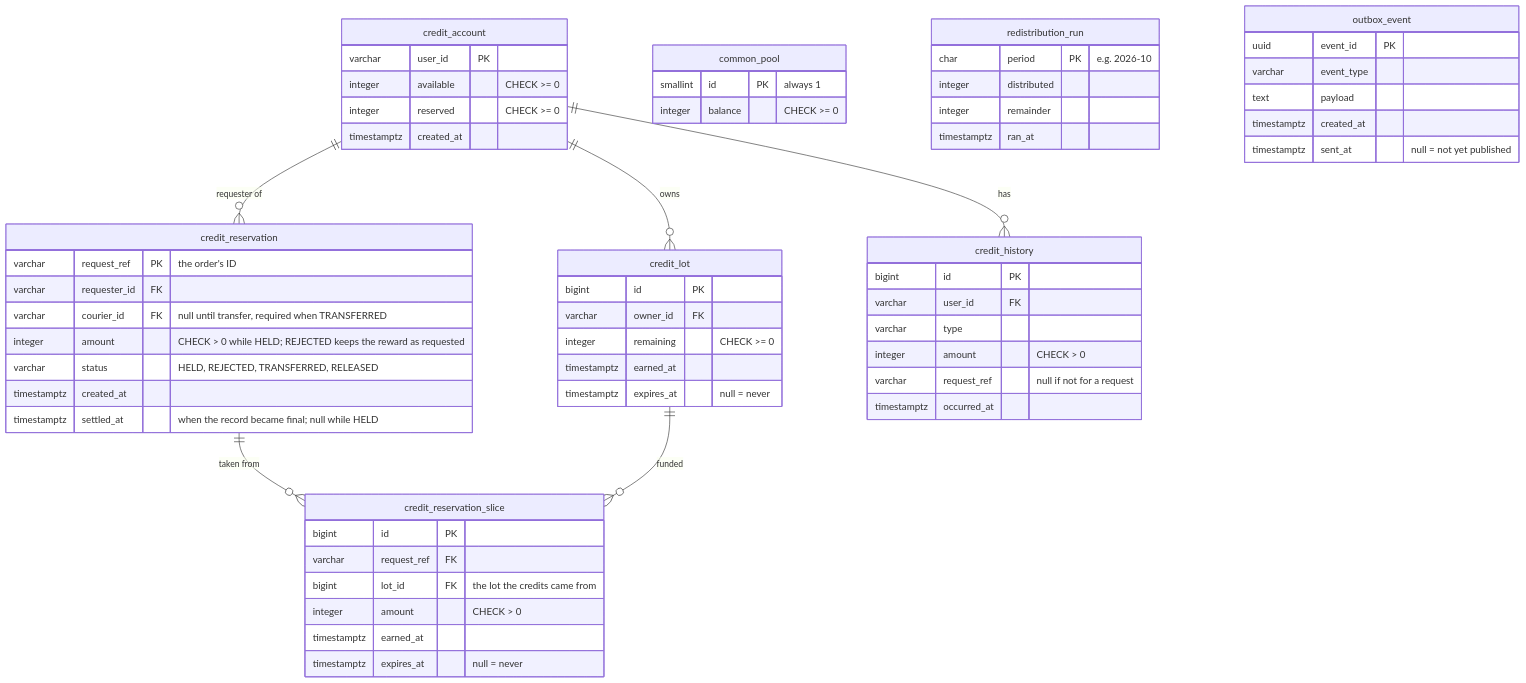
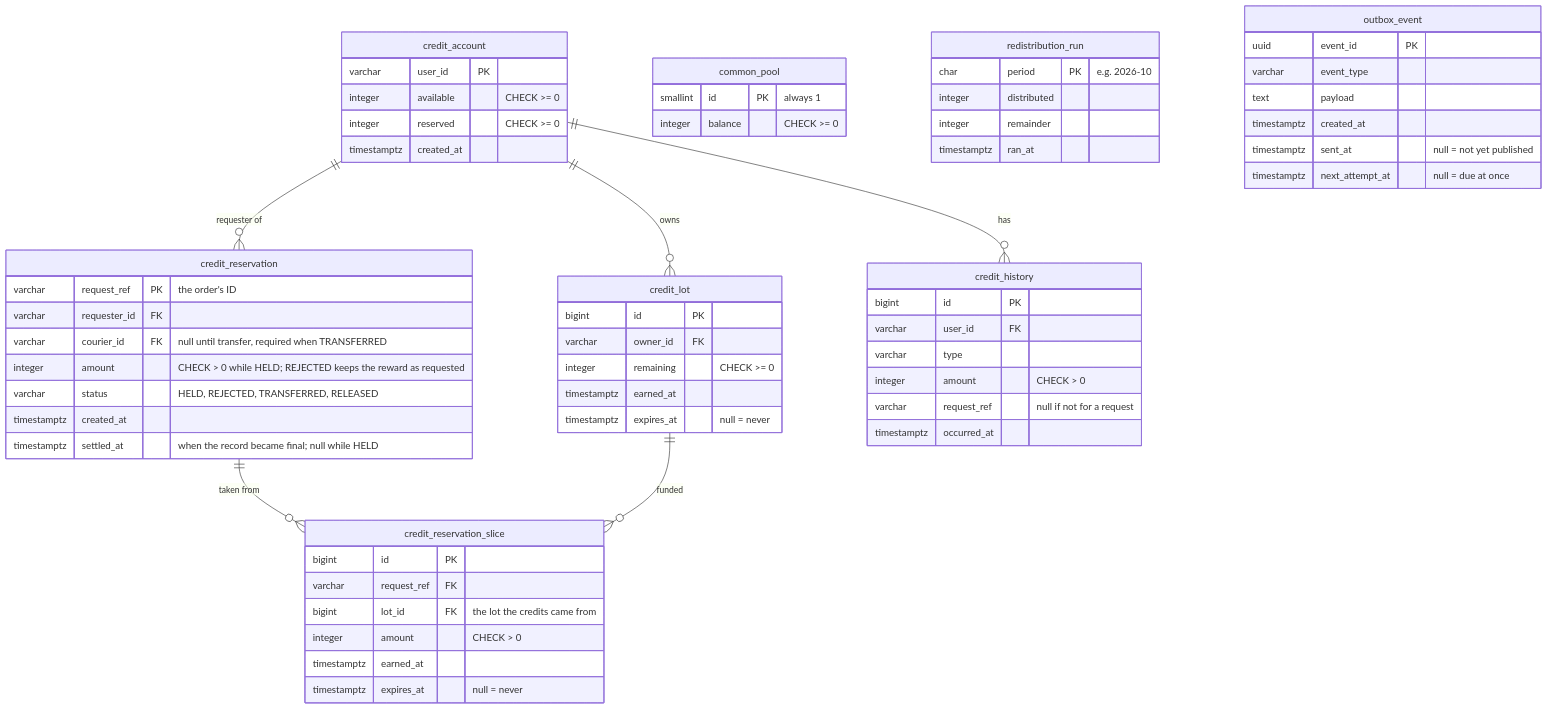
One commit to AY2627S1-CS3219-P23/foc changed the diagram in docs/credit-service.md. Above: the diagram before and after it, drawn with Mermaid. The commit also changed other lines of this file and 18 other files, not shown here.

````diff
--- a/docs/credit-service.md
+++ b/docs/credit-service.md
@@ -136,64 +142,65 @@
 ```mermaid
 erDiagram
     credit_account ||--o{ credit_reservation : "requester of"
     credit_account ||--o{ credit_lot : owns
     credit_account ||--o{ credit_history : "has"
     credit_reservation ||--o{ credit_reservation_slice : "taken from"
     credit_lot ||--o{ credit_reservation_slice : "funded"
  
     credit_account {
         varchar user_id PK
         integer available "CHECK >= 0"
         integer reserved "CHECK >= 0"
         timestamptz created_at
     }
     credit_reservation {
         varchar request_ref PK "the order's ID"
         varchar requester_id FK
         varchar courier_id FK "null until transfer, required when TRANSFERRED"
         integer amount "CHECK > 0 while HELD; REJECTED keeps the reward as requested"
         varchar status "HELD, REJECTED, TRANSFERRED, RELEASED"
         timestamptz created_at
         timestamptz settled_at "when the record became final; null while HELD"
     }
     credit_reservation_slice {
         bigint id PK
         varchar request_ref FK
         bigint lot_id FK "the lot the credits came from"
         integer amount "CHECK > 0"
         timestamptz earned_at
         timestamptz expires_at "null = never"
     }
     credit_lot {
         bigint id PK
         varchar owner_id FK
         integer remaining "CHECK >= 0"
         timestamptz earned_at
         timestamptz expires_at "null = never"
     }
     credit_history {
         bigint id PK
         varchar user_id FK
         varchar type
         integer amount "CHECK > 0"
         varchar request_ref "null if not for a request"
         timestamptz occurred_at
     }
     common_pool {
         smallint id PK "always 1"
         integer balance "CHECK >= 0"
     }
     redistribution_run {
         char period PK "e.g. 2026-10"
         integer distributed
         integer remainder
         timestamptz ran_at
     }
     outbox_event {
         uuid event_id PK
         varchar event_type
         text payload
         timestamptz created_at
         timestamptz sent_at "null = not yet published"
+        timestamptz next_attempt_at "null = due at once"
     }
 ```
````
